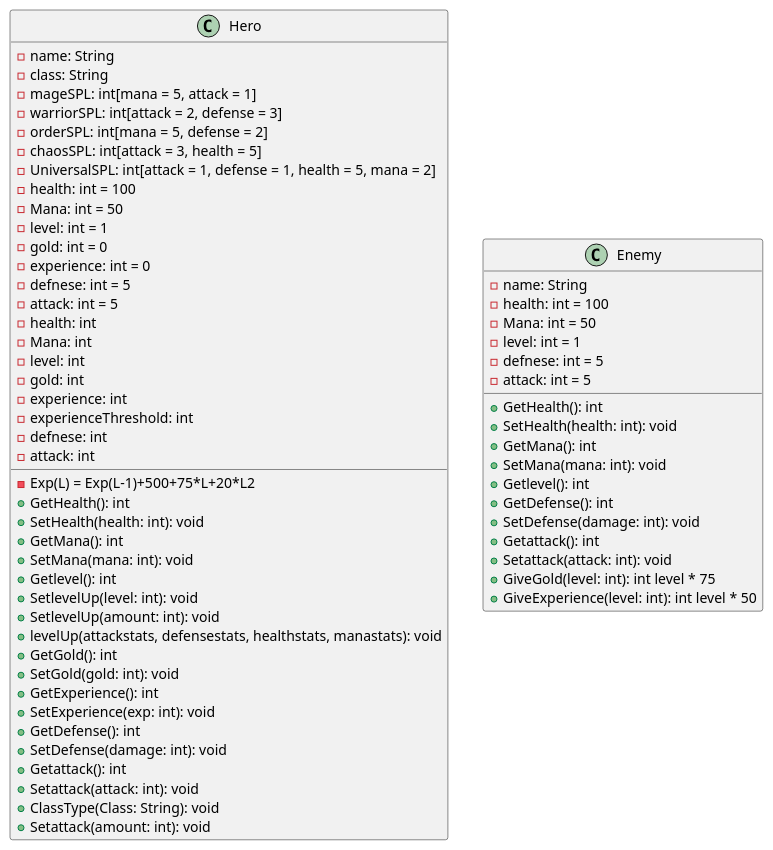
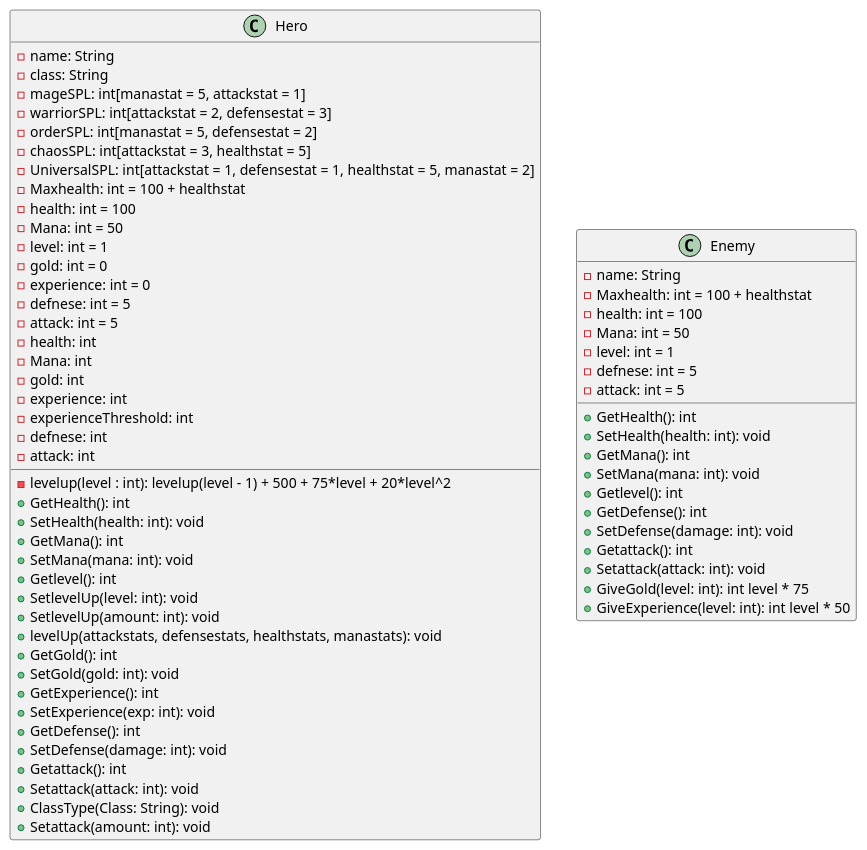
The diagram in rpg-legends/docs/uml/HeroStats.plantuml (JosefG50/2203-Legends-of-Sword-and-Wand), drawn with PlantUML before and after one commit.

Commit message:
docs(uml): implement experience progression formula and max health logic

```diff
--- a/rpg-legends/docs/uml/HeroStats.plantuml
+++ b/rpg-legends/docs/uml/HeroStats.plantuml
@@ -1,98 +1,99 @@
 @startuml
 'add abstract class enetity' 
 class Hero {
     - name: String
     - class: String   
-    - mageSPL: int[mana = 5, attack = 1]
-    - warriorSPL: int[attack = 2, defense = 3]
-    - orderSPL: int[mana = 5, defense = 2]
-    - chaosSPL: int[attack = 3, health = 5]
+    - mageSPL: int[manastat = 5, attackstat = 1]
+    - warriorSPL: int[attackstat = 2, defensestat = 3]
+    - orderSPL: int[manastat = 5, defensestat = 2]
+    - chaosSPL: int[attackstat = 3, healthstat = 5]
     'Uniervsal Stats per level gives points before the class bonus is applied per level up'
-    - UniversalSPL: int[attack = 1, defense = 1, health = 5, mana = 2]
+    - UniversalSPL: int[attackstat = 1, defensestat = 1, healthstat = 5, manastat = 2]
+    - Maxhealth: int = 100 + healthstat
     - health: int = 100
     - Mana: int = 50
     - level: int = 1
     - gold: int = 0
     - experience: int = 0
     - defnese: int = 5
     - attack: int = 5
-    - Exp(L) = Exp(L-1)+500+75*L+20*L2
     'Add class Abstract class with all classes'
     - health: int
     - Mana: int
-    - level: int
     'add -levels for each class'
     - gold: int
     - experience: int
     'add to check if enough experience to level up'
+    - levelup(level : int): levelup(level - 1) + 500 + 75*level + 20*level^2
     - experienceThreshold: int
     - defnese: int
     - attack: int
     '-spells: List[Spells]'
     + GetHealth(): int
     + SetHealth(health: int): void
     + GetMana(): int
     + SetMana(mana: int): void
     + Getlevel(): int
     + SetlevelUp(level: int): void
     + SetlevelUp(amount: int): void 
     'Change to levelUp():void' that increases level by 1'
     + levelUp(attackstats, defensestats, healthstats, manastats): void
     + GetGold(): int
     + SetGold(gold: int): void 
     + GetExperience(): int
     + SetExperience(exp: int): void
     + GetDefense(): int
     + SetDefense(damage: int): void
     + Getattack(): int
     + Setattack(attack: int): void
     + ClassType(Class: String): void
     + Setattack(amount: int): void
 }
 
 
 class Enemy {
     '1 to 5 enemies'
     'level from 1 to 10'
     'the actual level of the enemy party is determined by the culmative level of the hero party'
     'if hero party has a culmative level of 5 the enemy party will have a culmative level of 5-0'
     'or hero culmative stats - 10 would be the enemies minimum and the hero culmative level would be the maximum'
     'The maximum level of a full enemy party culmative level is 50'
     'The enemy party level is divided equally among the enemies in the party'
     'There is a chance for the enemy to pick a class so the enemy can have stats to that specific class'
     'but usually the stats will be evenly distributed among all stats'
     - name: String
+    - Maxhealth: int = 100 + healthstat
     - health: int = 100
     - Mana: int = 50
     - level: int = 1
     - defnese: int = 5
     - attack: int = 5
     + GetHealth(): int
     + SetHealth(health: int): void
     + GetMana(): int
     + SetMana(mana: int): void
     + Getlevel(): int
     + GetDefense(): int
     + SetDefense(damage: int): void
     + Getattack(): int
     + Setattack(attack: int): void
     'G(L) = 75*L that is the gold given to hero on defeat'
     + GiveGold(level: int): int level * 75
     'Exp(L)=50*L that is the experience given to hero on defeat'
     + GiveExperience(level: int): int level * 50
 }
 
 
 'Order' <|-- Hero : +5 Mana
 'Order' <|-- Hero : +2 Defense
 'Order' <|-- Hero : Heals/Shields
 'Chaos' <|-- Hero : +3 Attack
 'Chaos' <|-- Hero : +5 HP
 'Chaos' <|-- Hero : Fireball/Lightning
 'Warrior' <|-- Hero : +2 Attack
 'Warrior' <|-- Hero : +3 Defense
 'Warrior' <|-- Hero : Cleave/PHYSICAL
 'Mage' <|-- Hero : +5 Mana
 'Mage' <|-- Hero : +1 Attack
 'Mage' <|-- Hero : Mana Replenish
 @enduml
```
